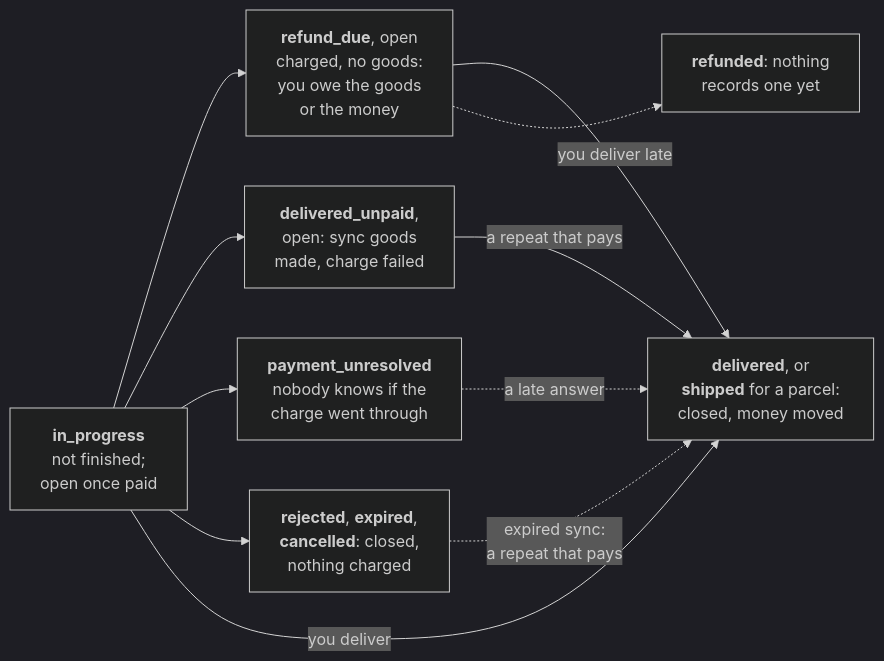
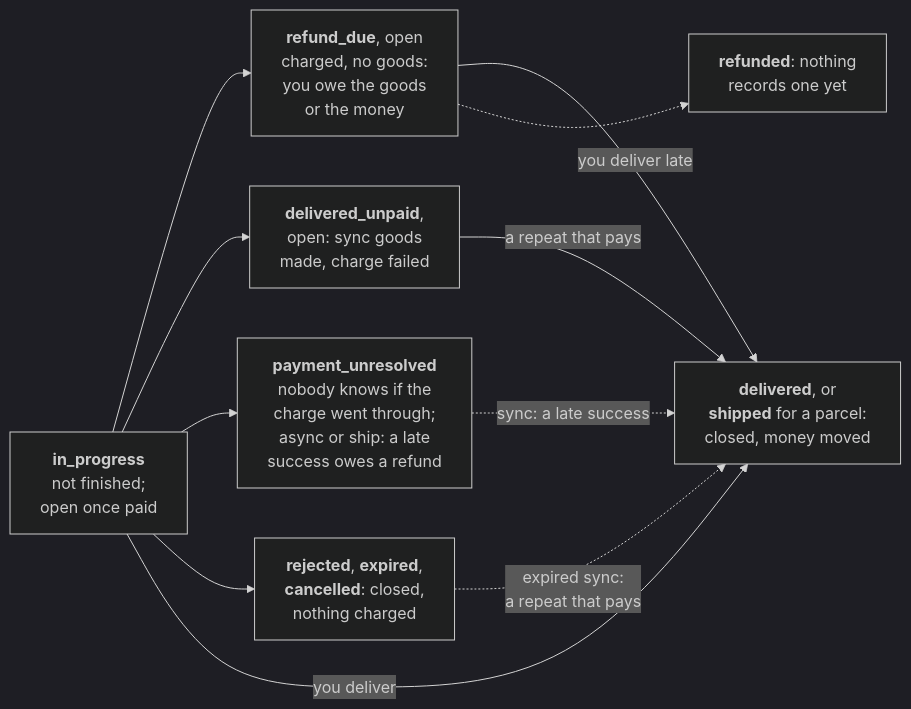
The second of 2 diagrams in apps/docs/orders.md (aftercard/agentify), drawn with Mermaid (dark theme) before and after one commit. The commit also changed other lines of this file and 11 other files, not shown here.

````diff
--- a/apps/docs/orders.md
+++ b/apps/docs/orders.md
@@ -306,16 +306,16 @@
 ```mermaid
 flowchart LR
     accTitle: The status of an order, as orders.get and orders.list read it
     accDescr: An order reads in_progress until it reaches an ending; once it is paid and handed to your handler it is on the list of open orders. It closes as delivered, or shipped for a parcel, when the goods or the shipment are recorded and the money moved, and as rejected, expired or cancelled when nothing was charged. Two statuses stay on the open list after the purchase itself is over: refund_due, when the buyer was charged and has no goods, and delivered_unpaid, when you delivered a synchronous order and the charge failed; that buyer has no goods and has paid nothing. payment_unresolved means nobody knows whether the charge went through; it is on the open list only after a synchronous delivery, and a late answer from the facilitator moves it to delivered, delivered_unpaid, refund_due or rejected. A late delivery turns refund_due into delivered; a repeat purchase that pays turns delivered_unpaid, or a synchronous order that expired while your goods were on the way, into delivered. Nothing records a refund yet, so no order reaches refunded.
     IP["<b>in_progress</b><br/>not finished;<br/>open once paid"]
     IP --> RD["<b>refund_due</b>, open<br/>charged, no goods:<br/>you owe the goods<br/>or the money"]
     IP --> DU["<b>delivered_unpaid</b>,<br/>open: sync goods<br/>made, charge failed"]
-    IP --> PU["<b>payment_unresolved</b><br/>nobody knows if the<br/>charge went through"]
+    IP --> PU["<b>payment_unresolved</b><br/>nobody knows if the<br/>charge went through;<br/>async or ship: a late<br/>success owes a refund"]
     IP --> NONE["<b>rejected</b>, <b>expired</b>,<br/><b>cancelled</b>: closed,<br/>nothing charged"]
     IP -- "you deliver" --> SOLD["<b>delivered</b>, or<br/><b>shipped</b> for a parcel:<br/>closed, money moved"]
     RD -- "you deliver late" --> SOLD
     DU -- "a repeat that pays" --> SOLD
-    PU -. "a late answer" .-> SOLD
+    PU -. "sync: a late success" .-> SOLD
     NONE -. "expired sync:<br/>a repeat that pays" .-> SOLD
     RD -.-> RF["<b>refunded</b>: nothing<br/>records one yet"]
 ```
````
